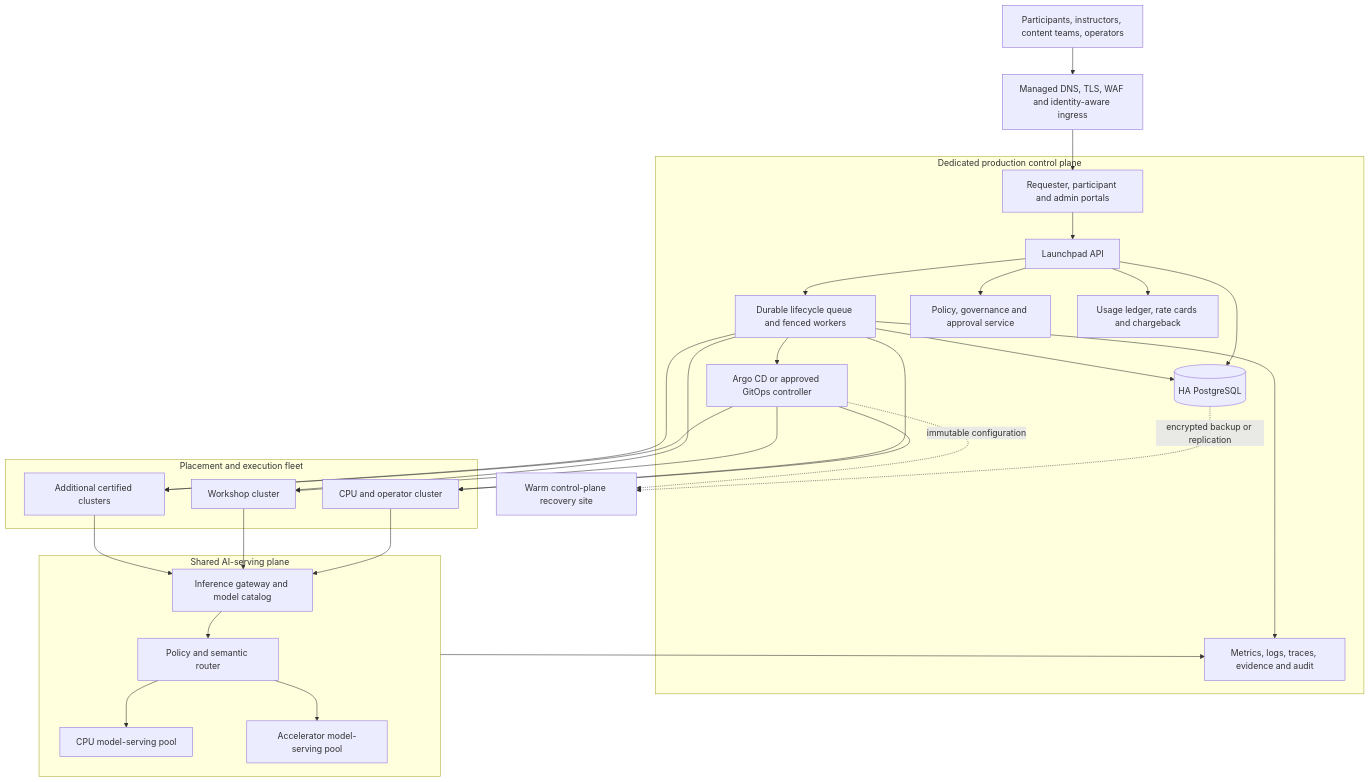
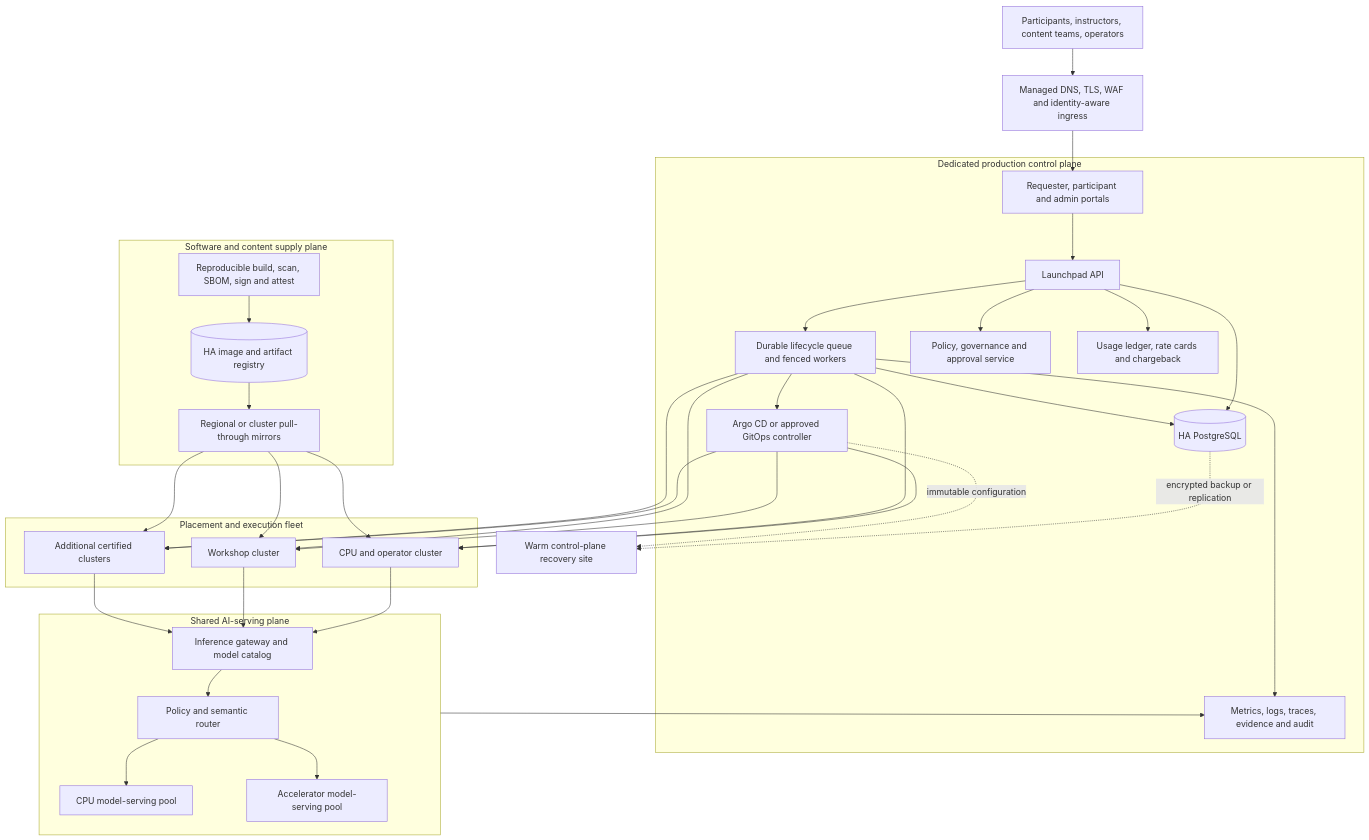
One commit to jkershawrh/launchpad changed the third of 5 diagrams in docs/ecosystem-architecture-roadmap.md. Above: the diagram before and after it, drawn with Mermaid. The commit also changed other lines of this file, not shown here.

Commit message:
Add durable image distribution roadmap

````diff
--- a/docs/ecosystem-architecture-roadmap.md
+++ b/docs/ecosystem-architecture-roadmap.md
@@ -210,58 +211,69 @@
 ```mermaid
 flowchart TB
     USERS[Participants, instructors, content teams, operators]
     EDGE[Managed DNS, TLS, WAF and identity-aware ingress]
     USERS --> EDGE
 
     subgraph CP[Dedicated production control plane]
         PORTAL[Requester, participant and admin portals]
         API[Launchpad API]
         QUEUE[Durable lifecycle queue and fenced workers]
         POLICY[Policy, governance and approval service]
         DB[(HA PostgreSQL)]
         GITOPS[Argo CD or approved GitOps controller]
         OBS[Metrics, logs, traces, evidence and audit]
         COST[Usage ledger, rate cards and chargeback]
         API --> QUEUE
         API --> POLICY
         API --> DB
         QUEUE --> DB
         QUEUE --> GITOPS
         API --> COST
         QUEUE --> OBS
     end
 
     EDGE --> PORTAL
     PORTAL --> API
 
     subgraph EXEC[Placement and execution fleet]
         E1[CPU and operator cluster]
         E2[Workshop cluster]
         EN[Additional certified clusters]
     end
 
     subgraph AI[Shared AI-serving plane]
         GATEWAY[Inference gateway and model catalog]
         ROUTER[Policy and semantic router]
         CPU[CPU model-serving pool]
         ACCEL[Accelerator model-serving pool]
         GATEWAY --> ROUTER
         ROUTER --> CPU
         ROUTER --> ACCEL
     end
 
+    subgraph SUPPLY[Software and content supply plane]
+        BUILD[Reproducible build, scan, SBOM, sign and attest]
+        REGISTRY[(HA image and artifact registry)]
+        MIRROR[Regional or cluster pull-through mirrors]
+        BUILD --> REGISTRY
+        REGISTRY --> MIRROR
+    end
+
     GITOPS --> E1
     GITOPS --> E2
     GITOPS --> EN
     QUEUE --> E1
     QUEUE --> E2
     QUEUE --> EN
     E1 --> GATEWAY
     E2 --> GATEWAY
     EN --> GATEWAY
     AI --> OBS
+    MIRROR --> E1
+    MIRROR --> E2
+    MIRROR --> EN
 
     DR[Warm control-plane recovery site]
     DB -. encrypted backup or replication .-> DR
     GITOPS -. immutable configuration .-> DR
 ```
````
